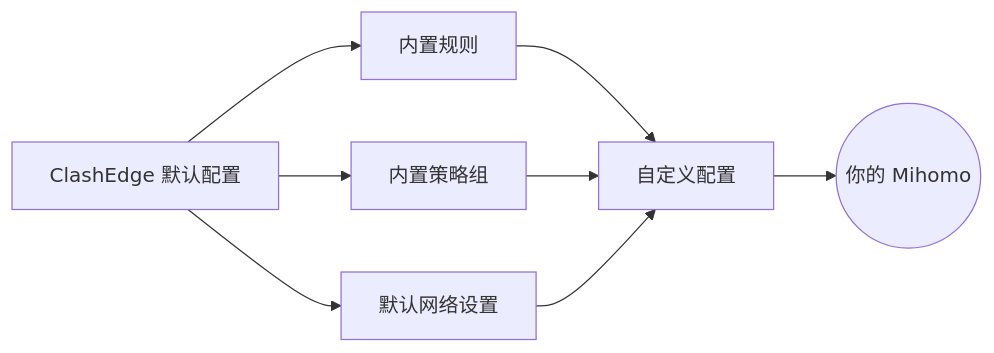
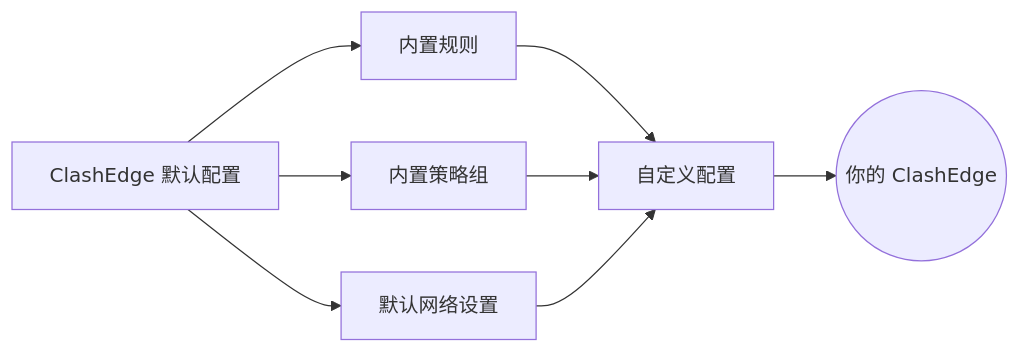
The fifth of 5 diagrams in README.md (akaspyrean/clashedge), drawn with Mermaid before and after one commit. The commit also changed other lines of this file, not shown here.

````diff
--- a/README.md
+++ b/README.md
@@ -158,14 +199,14 @@
 ```mermaid
 flowchart LR
     A[ClashEdge 默认配置]
 
     A --> R[内置规则]
     A --> G[内置策略组]
     A --> S[默认网络设置]
 
     R --> C[自定义配置]
     G --> C
     S --> C
 
-    C --> M((你的 Mihomo))
+    C --> M((你的  ClashEdge))
 ```
````
